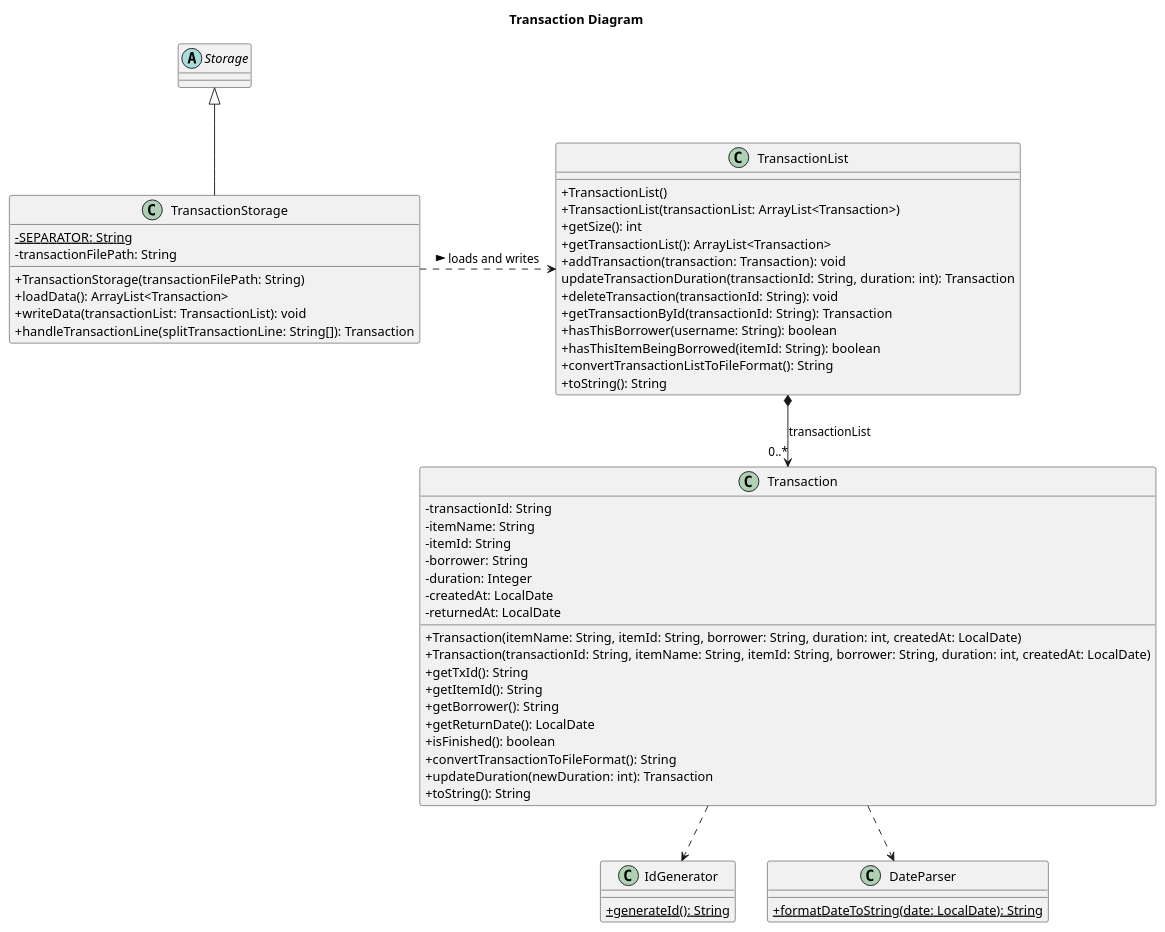
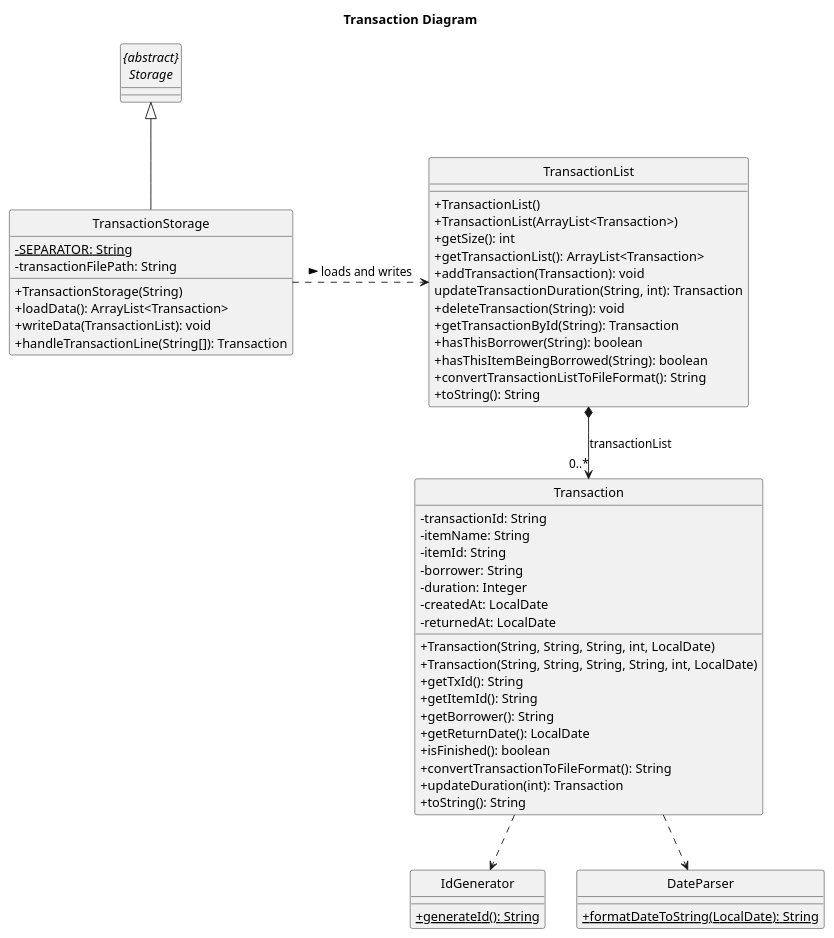
The diagram in docs/diagrams/transaction/TransactionClass.puml (nus-cs2113-AY2223S1/tp), drawn with PlantUML before and after one commit. The commit also changed 25 other files, not shown here.

Commit message:
Edit Class Diagrams (remove notations)

```diff
--- a/docs/diagrams/transaction/TransactionClass.puml
+++ b/docs/diagrams/transaction/TransactionClass.puml
@@ -1,69 +1,70 @@
 @startuml
 title Transaction Diagram
 
 skinparam classAttributeIconSize 0
 hide footbox
+hide circle
 
 class Transaction {
     - transactionId: String
     - itemName: String
     - itemId: String
     - borrower: String
     - duration: Integer
     - createdAt: LocalDate
     - returnedAt: LocalDate
 
-    + Transaction(itemName: String, itemId: String, borrower: String, duration: int, createdAt: LocalDate)
-    + Transaction(transactionId: String, itemName: String, itemId: String, borrower: String, duration: int, createdAt: LocalDate)
+    + Transaction(String, String, String, int, LocalDate)
+    + Transaction(String, String, String, String, int, LocalDate)
     + getTxId(): String
     + getItemId(): String
     + getBorrower(): String
     + getReturnDate(): LocalDate
     + isFinished(): boolean
     + convertTransactionToFileFormat(): String
-    + updateDuration(newDuration: int): Transaction
+    + updateDuration(int): Transaction
     + toString(): String
 }
 
 class TransactionList {
     + TransactionList()
-    + TransactionList(transactionList: ArrayList<Transaction>)
+    + TransactionList(ArrayList<Transaction>)
     + getSize(): int
     + getTransactionList(): ArrayList<Transaction>
-    + addTransaction(transaction: Transaction): void
-    updateTransactionDuration(transactionId: String, duration: int): Transaction
-    + deleteTransaction(transactionId: String): void
-    + getTransactionById(transactionId: String): Transaction
-    + hasThisBorrower(username: String): boolean
-    + hasThisItemBeingBorrowed(itemId: String): boolean
+    + addTransaction(Transaction): void
+    updateTransactionDuration(String, int): Transaction
+    + deleteTransaction(String): void
+    + getTransactionById(String): Transaction
+    + hasThisBorrower(String): boolean
+    + hasThisItemBeingBorrowed(String): boolean
     + convertTransactionListToFileFormat(): String
     + toString(): String
 }
 
 class TransactionStorage {
     {static} - SEPARATOR: String
     - transactionFilePath: String
-    + TransactionStorage(transactionFilePath: String)
+    + TransactionStorage(String)
     + loadData(): ArrayList<Transaction>
-    + writeData(transactionList: TransactionList): void
-    + handleTransactionLine(splitTransactionLine: String[]): Transaction
+    + writeData(TransactionList): void
+    + handleTransactionLine(String[]): Transaction
 }
 
 class IdGenerator {
     {static} + generateId(): String
 }
 
-abstract class Storage {
+abstract class "{abstract}\nStorage" {
 }
 
 class DateParser {
-    {static} + formatDateToString(date: LocalDate): String
+    {static} + formatDateToString(LocalDate): String
 }
 
 TransactionStorage .> TransactionList : > loads and writes
 TransactionList *--> "0..*" Transaction: transactionList
 Transaction ..> IdGenerator
 Transaction ..> DateParser
-Storage <|-- TransactionStorage
+"{abstract}\nStorage" <|-- TransactionStorage
 
 @enduml
```
